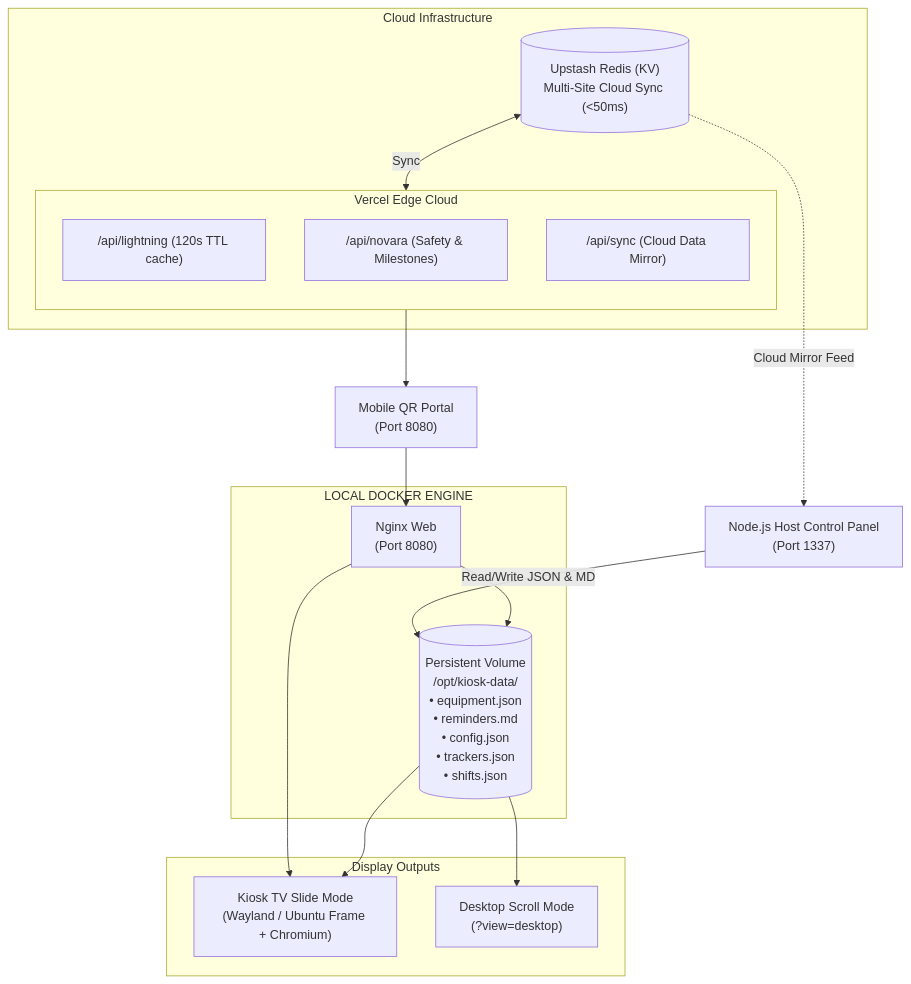
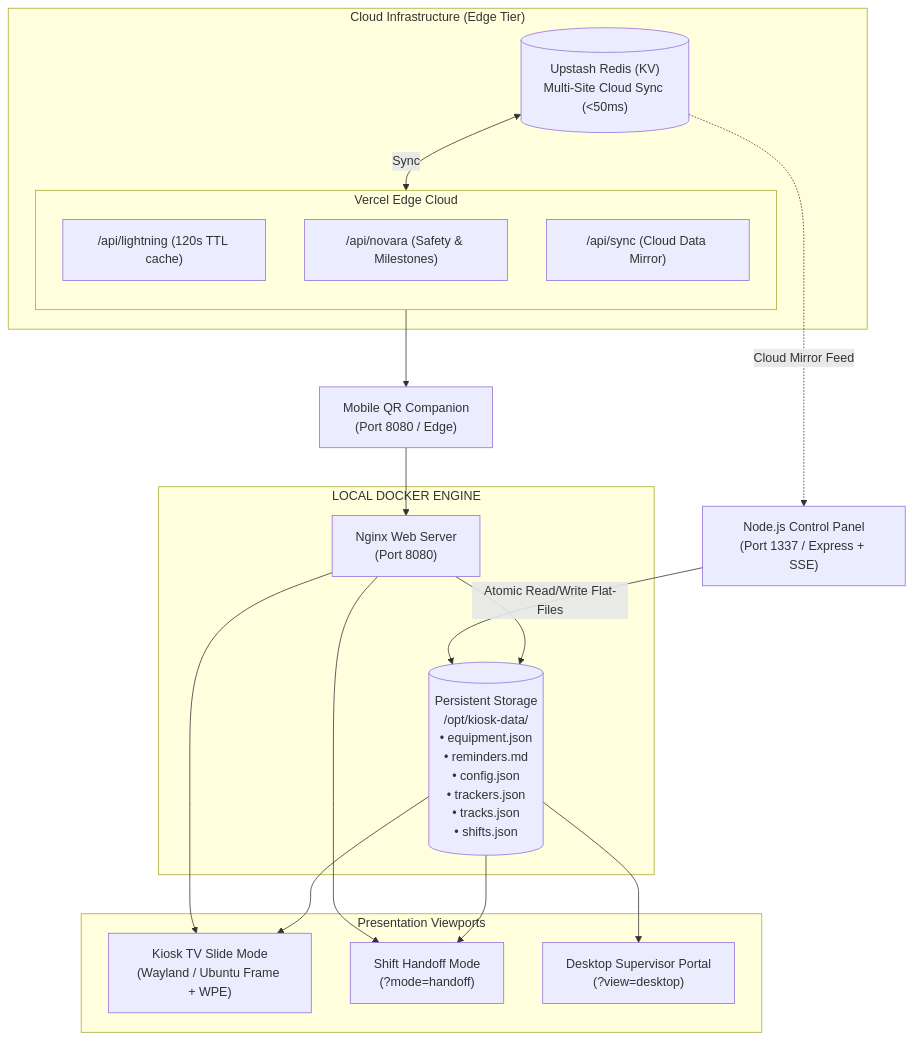
Before and after one commit to Techsmith404/yardstik: the diagram in README.md, drawn with Mermaid. The commit also changed other lines of this file and 1 other file, not shown here.

Commit message:
docs: polish README with live demo, testing matrix, and v4.5.4 feature architecture

````diff
--- a/README.md
+++ b/README.md
@@ -141,45 +187,48 @@
 ```mermaid
 flowchart TD
     %% Cloud Tier
-    subgraph CLOUD["Cloud Infrastructure"]
+    subgraph CLOUD["Cloud Infrastructure (Edge Tier)"]
         UPSTASH[("Upstash Redis (KV)<br>Multi-Site Cloud Sync (<50ms)")]
 
         subgraph VERCEL["Vercel Edge Cloud"]
             direction TB
             V_LIGHT["/api/lightning (120s TTL cache)"]
             V_NOVARA["/api/novara (Safety & Milestones)"]
             V_SYNC["/api/sync (Cloud Data Mirror)"]
         end
     end
 
     %% Edge Ingestion / Mobile
-    QR["Mobile QR Portal<br>(Port 8080)"]
+    QR["Mobile QR Companion<br>(Port 8080 / Edge)"]
 
     %% Host & Docker Engine
-    NODE_HOST["Node.js Host Control Panel<br>(Port 1337)"]
+    NODE_HOST["Node.js Control Panel<br>(Port 1337 / Express + SSE)"]
 
     subgraph DOCKER["LOCAL DOCKER ENGINE"]
-        NGINX["Nginx Web<br>(Port 8080)"]
+        NGINX["Nginx Web Server<br>(Port 8080)"]
 
-        VOLUME[("Persistent Volume<br>/opt/kiosk-data/<br>• equipment.json<br>• reminders.md<br>• config.json<br>• trackers.json<br>• shifts.json")]
+        VOLUME[("Persistent Storage<br>/opt/kiosk-data/<br>• equipment.json<br>• reminders.md<br>• config.json<br>• trackers.json<br>• tracks.json<br>• shifts.json")]
     end
 
     %% Client Displays
-    subgraph CLIENTS["Display Outputs"]
-        KIOSK["Kiosk TV Slide Mode<br>(Wayland / Ubuntu Frame + Chromium)"]
-        DESKTOP["Desktop Scroll Mode<br>(?view=desktop)"]
+    subgraph CLIENTS["Presentation Viewports"]
+        KIOSK["Kiosk TV Slide Mode<br>(Wayland / Ubuntu Frame + WPE)"]
+        HANDOFF["Shift Handoff Mode<br>(?mode=handoff)"]
+        DESKTOP["Desktop Supervisor Portal<br>(?view=desktop)"]
     end
 
     %% Relationships
     UPSTASH <-->|Sync| VERCEL
     VERCEL --> QR
     QR --> NGINX
 
     UPSTASH -.->|Cloud Mirror Feed| NODE_HOST
-    NODE_HOST -->|Read/Write JSON & MD| VOLUME
+    NODE_HOST -->|Atomic Read/Write Flat-Files| VOLUME
 
     NGINX --> VOLUME
     NGINX --> KIOSK
+    NGINX --> HANDOFF
     VOLUME --> KIOSK
+    VOLUME --> HANDOFF
     VOLUME --> DESKTOP
 ```
````
